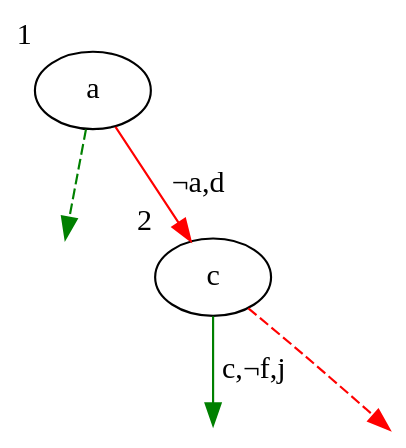
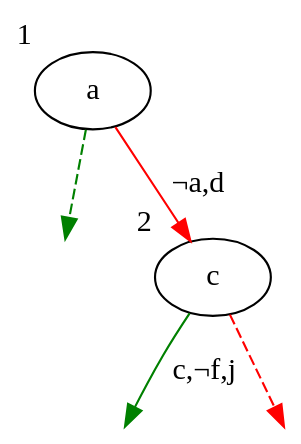
Before and after one commit to vaibhavsagar/presentations: the diagram in sat-solvers/images/tree1x3.dot, drawn with Graphviz. The commit also changed 12 other files, not shown here.

Commit message:
sat-solvers: selectively hide graphviz output for consistent images

```diff
--- a/sat-solvers/images/tree1x3.dot
+++ b/sat-solvers/images/tree1x3.dot
@@ -1,17 +1,24 @@
 digraph {
     at [style="invisible"]
-    cf [style="invisible",width=1]
+    cf [style="invisible"]
     bt [style="invisible"]
     a  [xlabel="1"]
     c  [xlabel="2"]
-    b  [style="invisible"]
+    b  [xlabel="3",style="invisible"]
+    e  [xlabel="4",style="invisible"]
+    x   [shape="box",label="",color="blue",style="invisible"]
+    ef [label="label",style="invisible"]
     a -> at [color="green",style="dashed"]
     a -> c  [color="red",label="¬a,d"]
-    c -> b  [color="green",label="c,¬f,j",weight=2]
+    c -> b  [color="green",label="c,¬f,j"]
     c -> cf [color="red",style="dashed"]
-    b -> cf [style="invisible",arrowhead=none]
+    b -> cf [style="invisible",arrowhead="none"]
+    b -> e  [color="red",label="¬b,i",style="invisible",arrowhead="none"]
+    b -> bt [color="green",style="dashed",style="invisible",arrowhead="none"]
+    e -> x   [color="green",label="e,g",style="invisible",arrowhead="none"]
+    e -> ef [color="red",style="dashed",style="invisible",arrowhead="none"]
     {rank=same; cf b}
     overlap=false
     splines=true
     bgcolor=transparent
 }
```
